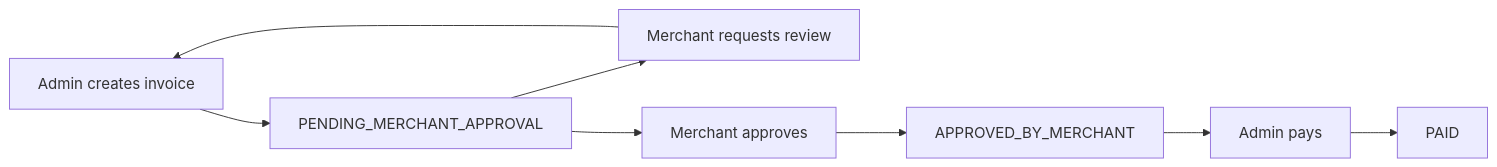
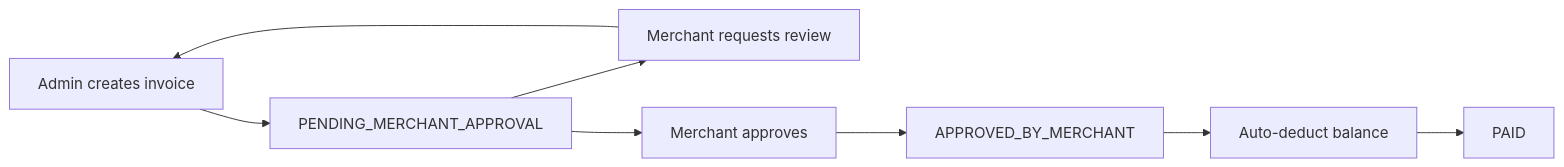
Before and after one commit to AminulSagor/delivery_backend: the diagram in docs/ADVANCE_PAYMENTS.md, drawn with Mermaid. The commit also changed other lines of this file and 5 other files, not shown here.

Commit message:
feat(advance-payments): merchant auto-approval flow

````diff
--- a/docs/ADVANCE_PAYMENTS.md
+++ b/docs/ADVANCE_PAYMENTS.md
@@ -248,18 +278,18 @@
 ```mermaid
 flowchart LR
   A[Admin creates invoice]
   B[PENDING_MERCHANT_APPROVAL]
   C[Merchant requests review]
   D[Merchant approves]
   E[APPROVED_BY_MERCHANT]
-  F[Admin pays]
+  F[Auto-deduct balance]
   G[PAID]
 
   A --> B
   B --> C
   B --> D
   C --> A
   D --> E
   E --> F
   F --> G
 ```
````
